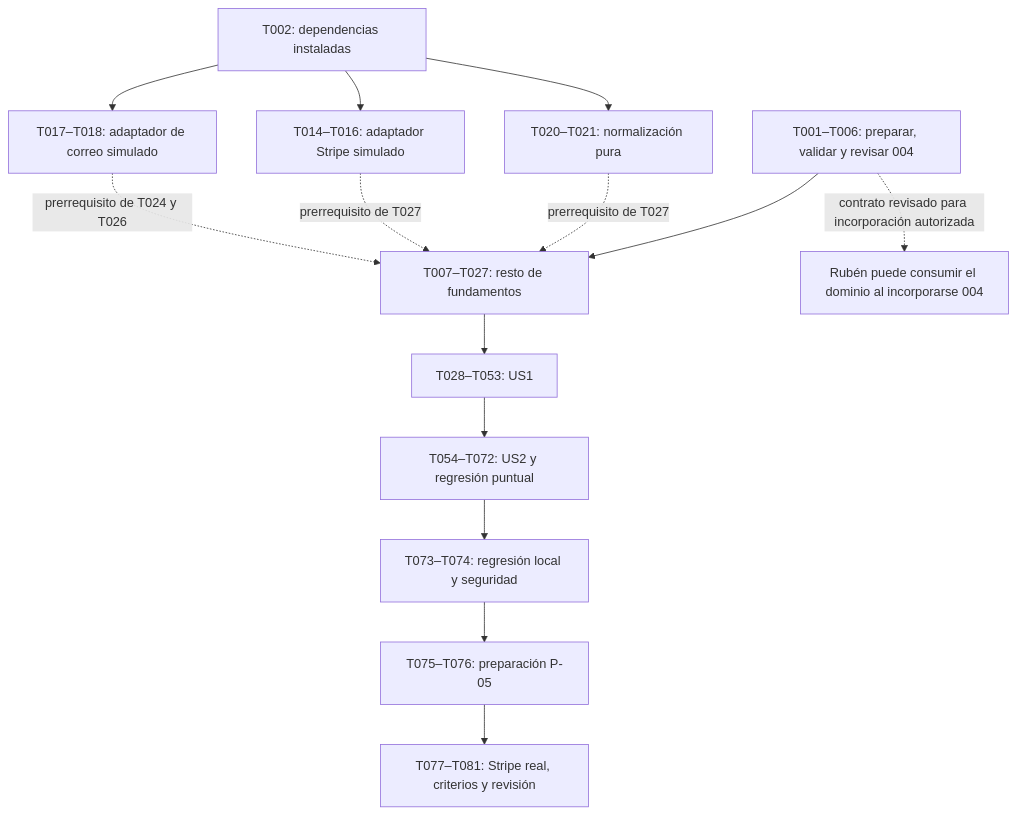
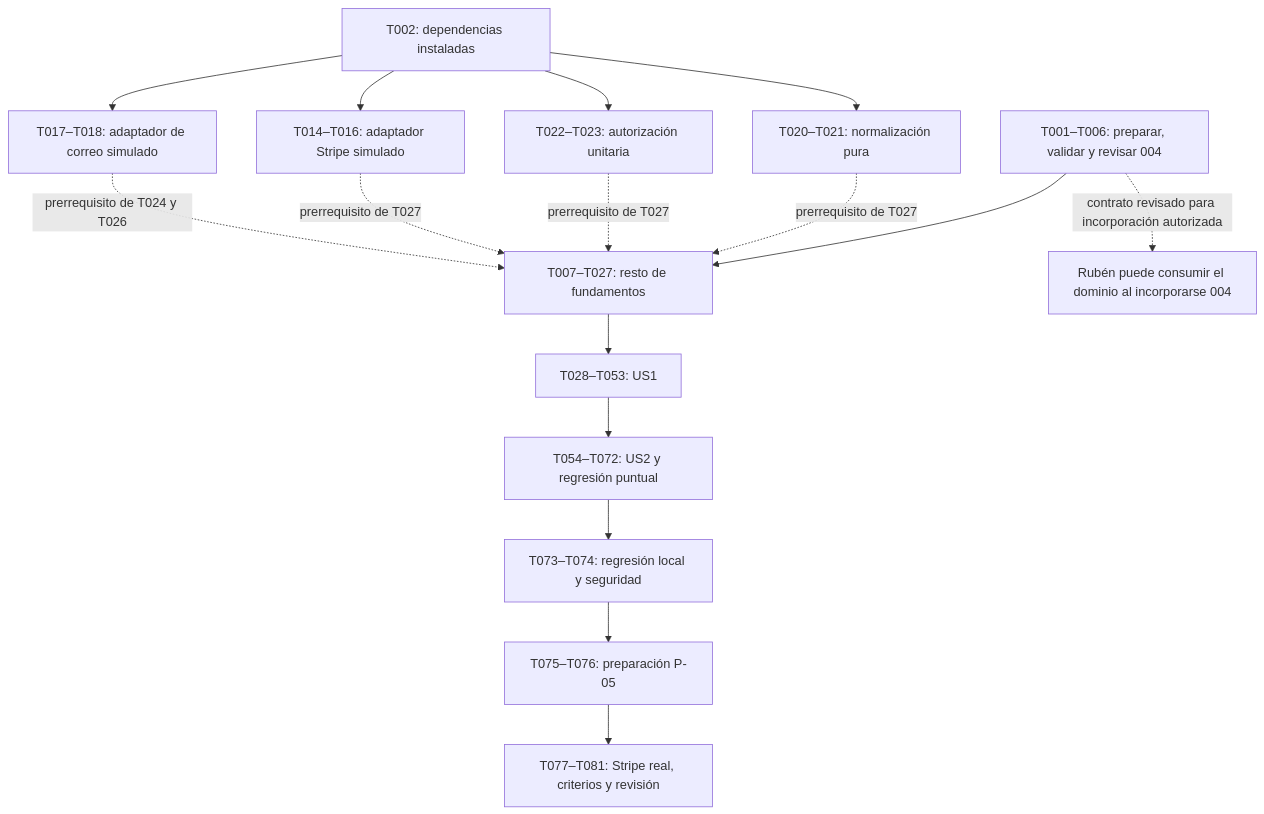
Before and after one commit to nmp55-ua/IWEB_ONG: the diagram in specs/spec-001/tasks.md, drawn with Mermaid. The commit also changed other lines of this file and 3 other files, not shown here.

````diff
--- a/specs/spec-001/tasks.md
+++ b/specs/spec-001/tasks.md
@@ -486,16 +498,18 @@
 ```mermaid
 flowchart TD
     A["T001–T006: preparar, validar y revisar 004"] --> B["T007–T027: resto de fundamentos"]
     A -. "contrato revisado para incorporación autorizada" .-> R["Rubén puede consumir el dominio al incorporarse 004"]
     N["T002: dependencias instaladas"] --> P["T020–T021: normalización pura"]
     P -. "prerrequisito de T027" .-> B
+    N --> U["T022–T023: autorización unitaria"]
+    U -. "prerrequisito de T027" .-> B
     N --> Q["T014–T016: adaptador Stripe simulado"]
     Q -. "prerrequisito de T027" .-> B
     N --> S["T017–T018: adaptador de correo simulado"]
     S -. "prerrequisito de T024 y T026" .-> B
     B --> C["T028–T053: US1"]
     C --> D["T054–T072: US2 y regresión puntual"]
     D --> E["T073–T074: regresión local y seguridad"]
     E --> F["T075–T076: preparación P-05"]
     F --> G["T077–T081: Stripe real, criterios y revisión"]
 ```
````
